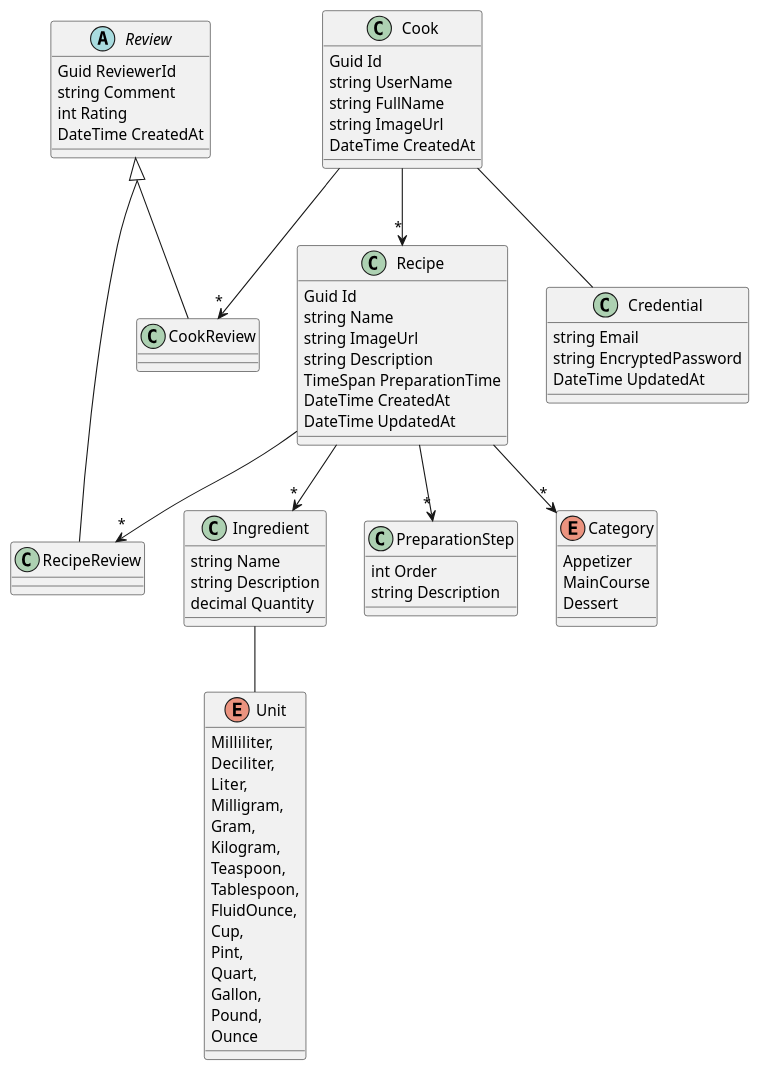
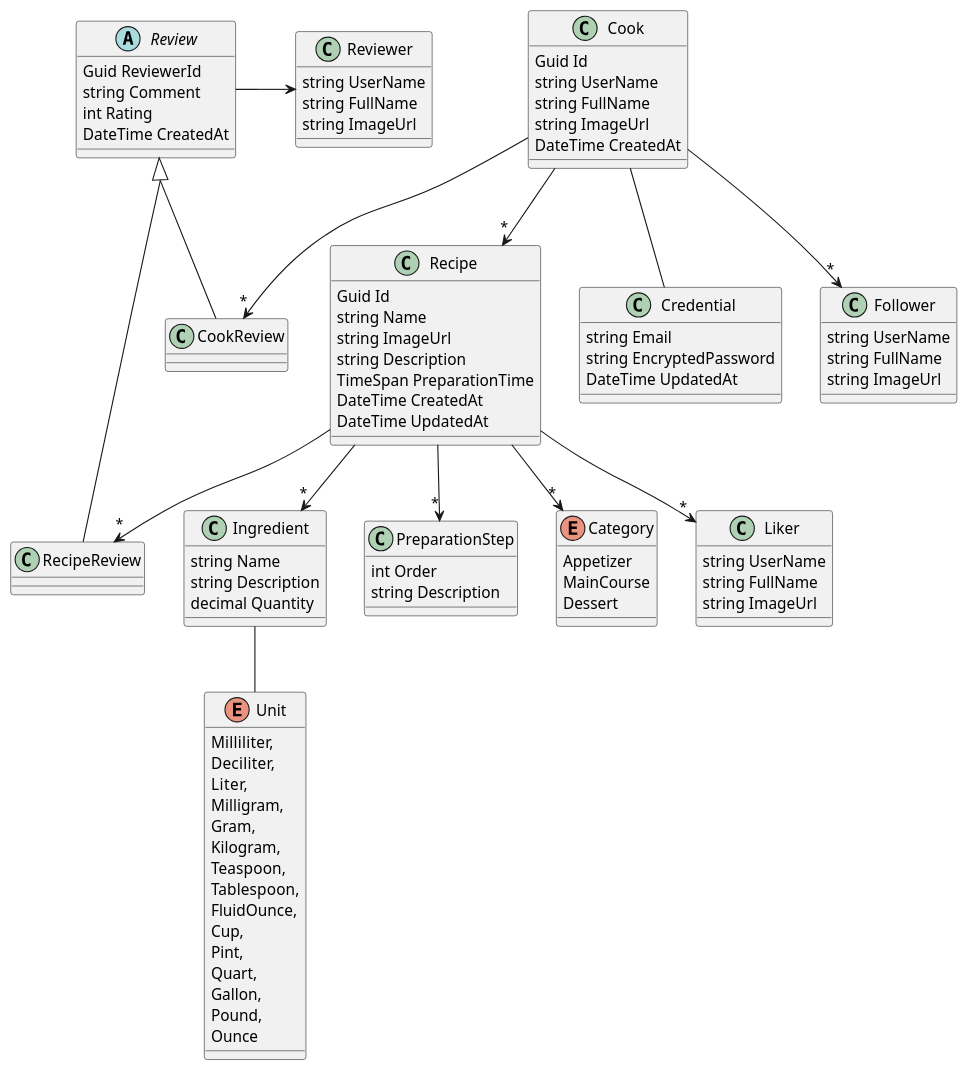
One commit to DAQEM/RecipeFinder changed the diagram in BLL/ClassDiagram.puml. Above: the diagram before and after it, drawn with PlantUML. The commit also changed 21 other files, not shown here.

```diff
--- a/BLL/ClassDiagram.puml
+++ b/BLL/ClassDiagram.puml
@@ -1,92 +1,114 @@
 @startuml
 'https://plantuml.com/class-diagram
 
 skinparam groupInheritance 2
 
 class Recipe {
     Guid Id
     string Name
     string ImageUrl
     string Description
     TimeSpan PreparationTime
     DateTime CreatedAt
     DateTime UpdatedAt
 }
 
 class Cook {
     Guid Id
     string UserName
     string FullName
     string ImageUrl
     DateTime CreatedAt
 }
 
 class Credential {
     string Email
     string EncryptedPassword
     DateTime UpdatedAt
 }
 
 class Ingredient {
     string Name
     string Description
     decimal Quantity
 }
 
 enum Unit {
     Milliliter,
     Deciliter,
     Liter,
     Milligram,
     Gram,
     Kilogram,
     Teaspoon,
     Tablespoon,
     FluidOunce,
     Cup,
     Pint,
     Quart,
     Gallon,
     Pound,
     Ounce
 }
 
 class PreparationStep {
     int Order
     string Description
 }
 
 enum Category {
     Appetizer
     MainCourse
     Dessert
 }
 
+class Reviewer {
+    string UserName
+    string FullName
+    string ImageUrl
+}
+
+class Follower {
+    string UserName
+    string FullName
+    string ImageUrl
+}
+
+class Liker {
+    string UserName
+    string FullName
+    string ImageUrl
+}
+
 abstract class Review {
     Guid ReviewerId
     string Comment
     int Rating
     DateTime CreatedAt
 }
 
 class CookReview {
 }
 
 class RecipeReview {
 }
 
 Review <|-- CookReview
 Review <|-- RecipeReview
 
 Cook --> "*" Recipe
 Cook -- Credential
 Cook --> "*" CookReview
+Cook --> "*" Follower
 
 Recipe --> "*" Ingredient
 Recipe --> "*" PreparationStep
 Recipe --> "*" Category
 Recipe --> "*" RecipeReview
+Recipe --> "*" Liker
 
 Ingredient -- Unit
 
+Review -> Reviewer
+
 @enduml
```
